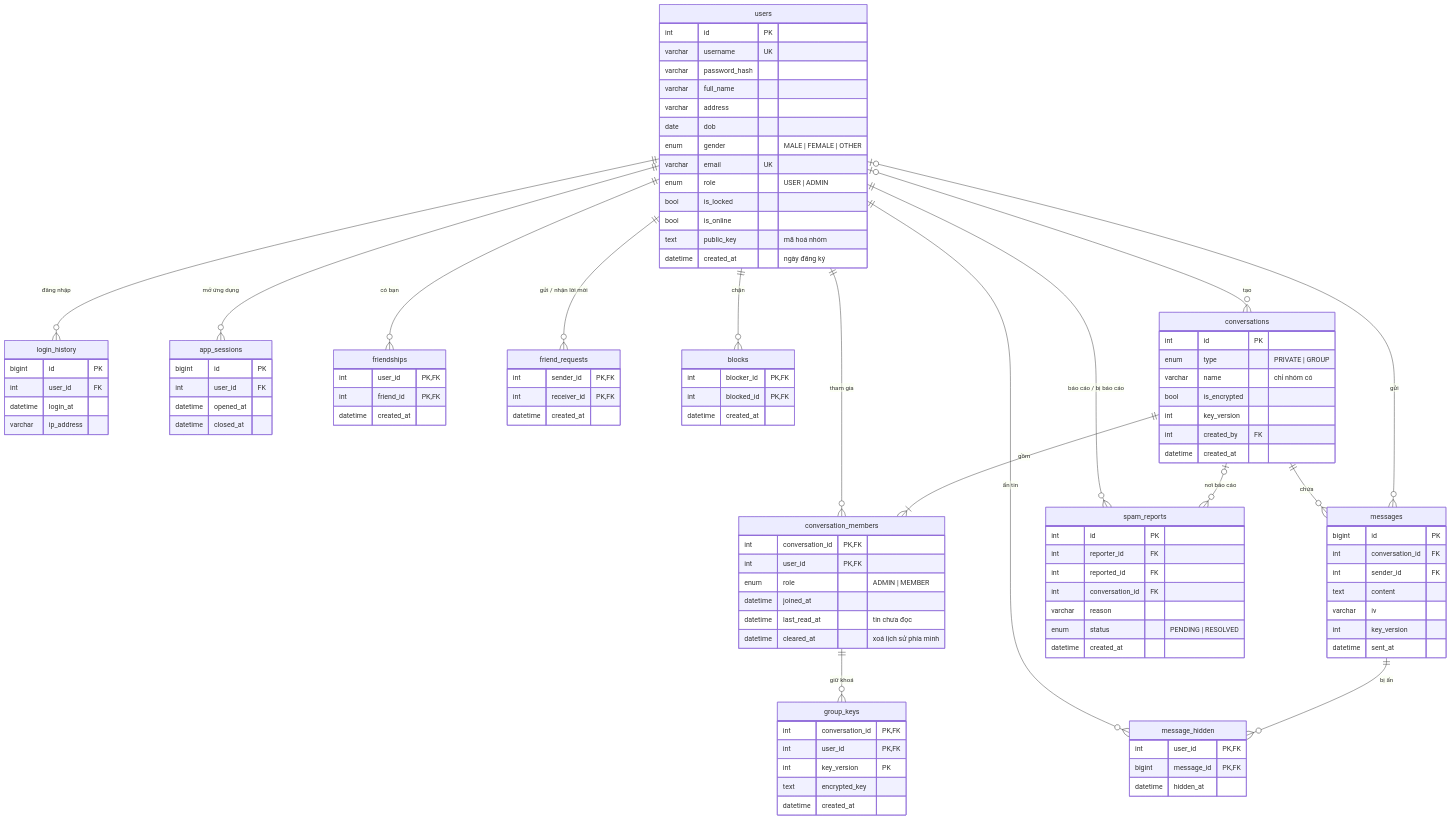
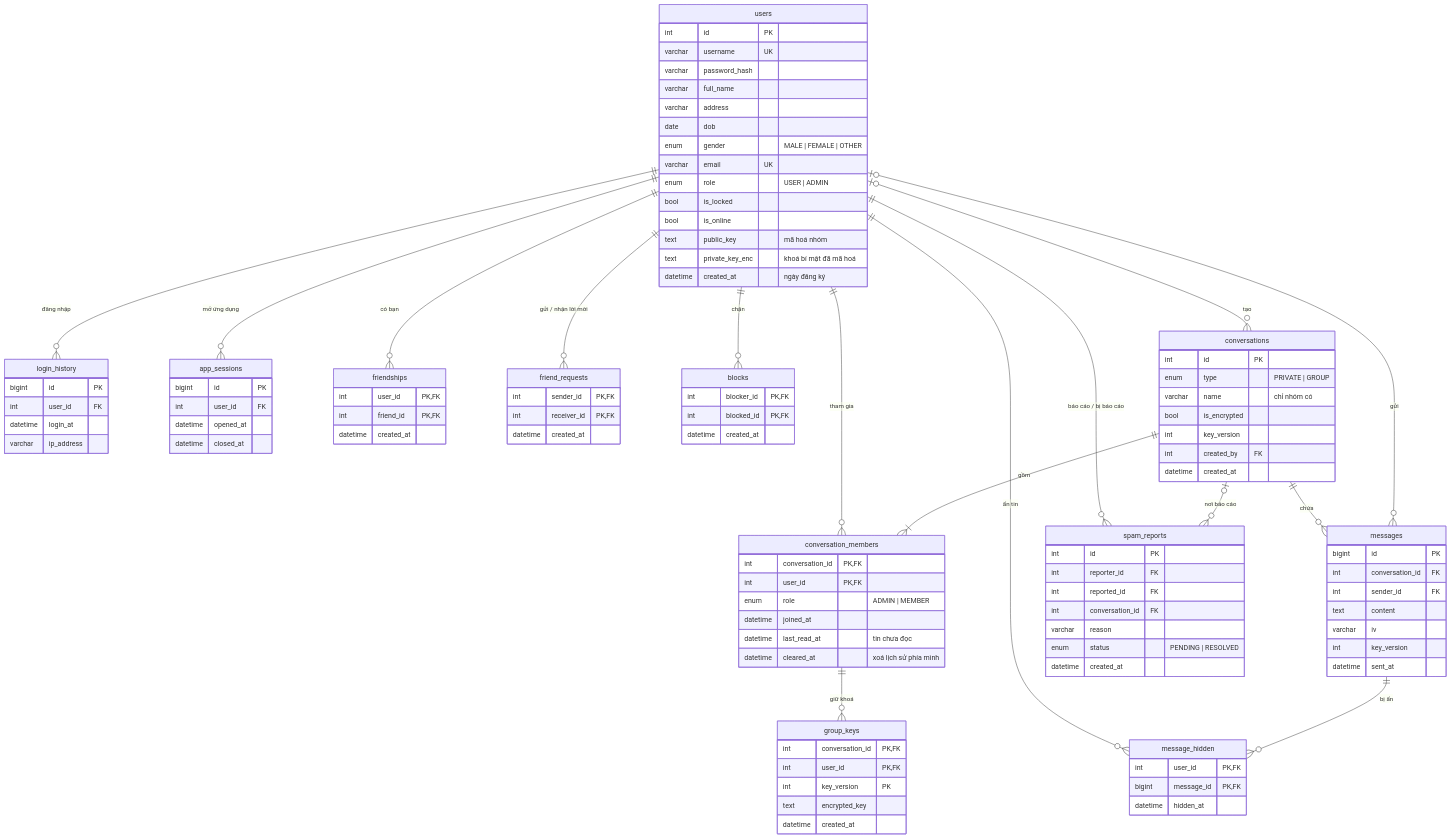
The diagram in docs/erd/erd.mmd (TranTai35/chat-system), drawn with Mermaid before and after one commit. The commit also changed 4 other files, not shown here.

First line of the commit message:
Rà lại CSDL theo đề bài: tìm chuỗi bằng LIKE, lưu khoá bí mật mã hoá

```diff
--- a/docs/erd/erd.mmd
+++ b/docs/erd/erd.mmd
@@ -1,106 +1,107 @@
 erDiagram
     users {
         int id PK
         varchar username UK
         varchar password_hash
         varchar full_name
         varchar address
         date dob
         enum gender "MALE | FEMALE | OTHER"
         varchar email UK
         enum role "USER | ADMIN"
         bool is_locked
         bool is_online
         text public_key "mã hoá nhóm"
+        text private_key_enc "khoá bí mật đã mã hoá"
         datetime created_at "ngày đăng ký"
     }
     login_history {
         bigint id PK
         int user_id FK
         datetime login_at
         varchar ip_address
     }
     app_sessions {
         bigint id PK
         int user_id FK
         datetime opened_at
         datetime closed_at
     }
     friendships {
         int user_id PK, FK
         int friend_id PK, FK
         datetime created_at
     }
     friend_requests {
         int sender_id PK, FK
         int receiver_id PK, FK
         datetime created_at
     }
     blocks {
         int blocker_id PK, FK
         int blocked_id PK, FK
         datetime created_at
     }
     conversations {
         int id PK
         enum type "PRIVATE | GROUP"
         varchar name "chỉ nhóm có"
         bool is_encrypted
         int key_version
         int created_by FK
         datetime created_at
     }
     conversation_members {
         int conversation_id PK, FK
         int user_id PK, FK
         enum role "ADMIN | MEMBER"
         datetime joined_at
         datetime last_read_at "tin chưa đọc"
         datetime cleared_at "xoá lịch sử phía mình"
     }
     messages {
         bigint id PK
         int conversation_id FK
         int sender_id FK
         text content
         varchar iv
         int key_version
         datetime sent_at
     }
     message_hidden {
         int user_id PK, FK
         bigint message_id PK, FK
         datetime hidden_at
     }
     spam_reports {
         int id PK
         int reporter_id FK
         int reported_id FK
         int conversation_id FK
         varchar reason
         enum status "PENDING | RESOLVED"
         datetime created_at
     }
     group_keys {
         int conversation_id PK, FK
         int user_id PK, FK
         int key_version PK
         text encrypted_key
         datetime created_at
     }
 
     users ||--o{ login_history : "đăng nhập"
     users ||--o{ app_sessions : "mở ứng dụng"
     users ||--o{ friendships : "có bạn"
     users ||--o{ friend_requests : "gửi / nhận lời mời"
     users ||--o{ blocks : "chặn"
     users ||--o{ conversation_members : "tham gia"
     conversations ||--|{ conversation_members : "gồm"
     users |o--o{ conversations : "tạo"
     conversations ||--o{ messages : "chứa"
     users |o--o{ messages : "gửi"
     users ||--o{ message_hidden : "ẩn tin"
     messages ||--o{ message_hidden : "bị ẩn"
     users ||--o{ spam_reports : "báo cáo / bị báo cáo"
     conversations |o--o{ spam_reports : "nơi báo cáo"
     conversation_members ||--o{ group_keys : "giữ khoá"
```
